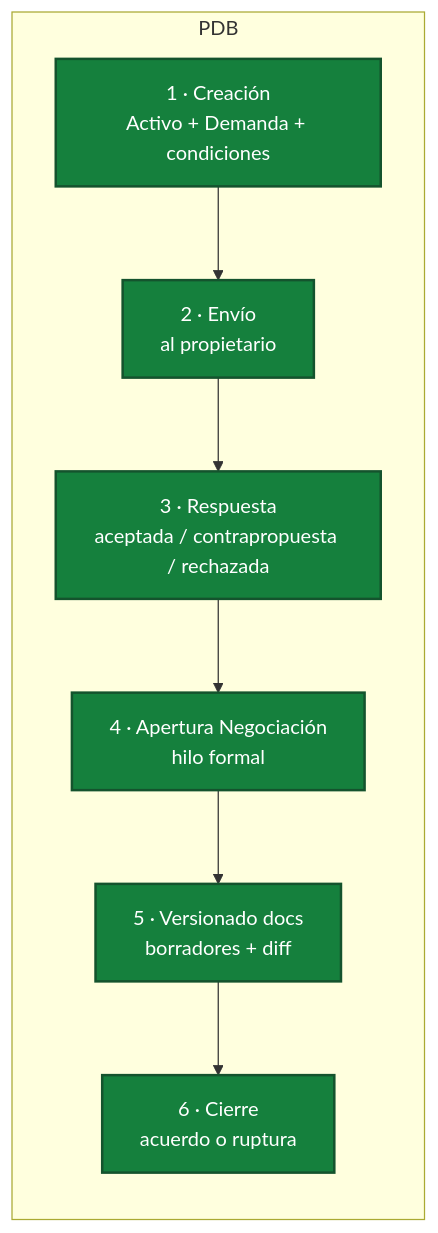
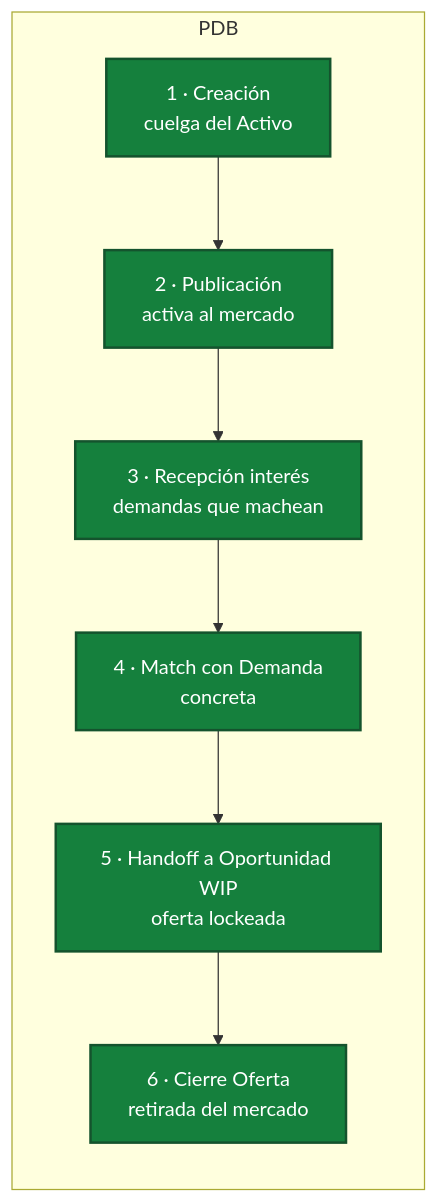
One commit to alvarosierra90-dot/pdb-crm changed the sixth of 10 diagrams in FLUJOS_PDB.md. Above: the diagram before and after it, drawn with Mermaid. The commit also changed other lines of this file and 2 other files, not shown here.

First line of the commit message:
Fix process flow: Oportunidad is WIP intermediate, not the origin

````diff
--- a/FLUJOS_PDB.md
+++ b/FLUJOS_PDB.md
@@ -191,20 +191,20 @@
 ```mermaid
 flowchart LR
     subgraph PDB[PDB]
-        P1[1 · Creación<br/>Activo + Demanda + condiciones]
-        P2[2 · Envío<br/>al propietario]
-        P3[3 · Respuesta<br/>aceptada / contrapropuesta / rechazada]
-        P4[4 · Apertura Negociación<br/>hilo formal]
-        P5[5 · Versionado docs<br/>borradores + diff]
-        P6[6 · Cierre<br/>acuerdo o ruptura]
+        P1[1 · Creación<br/>cuelga del Activo]
+        P2[2 · Publicación<br/>activa al mercado]
+        P3[3 · Recepción interés<br/>demandas que machean]
+        P4[4 · Match con Demanda<br/>concreta]
+        P5[5 · Handoff a Oportunidad WIP<br/>oferta lockeada]
+        P6[6 · Cierre Oferta<br/>retirada del mercado]
     end
 
     P1 --> P2
     P2 --> P3
     P3 --> P4
     P4 --> P5
     P5 --> P6
 
     classDef pdb fill:#15803d,stroke:#14532d,color:#fff,stroke-width:2px
     class P1,P2,P3,P4,P5,P6 pdb
 ```
````
